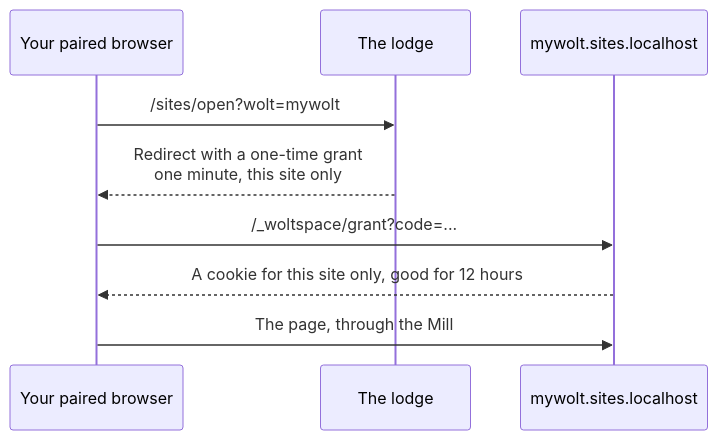
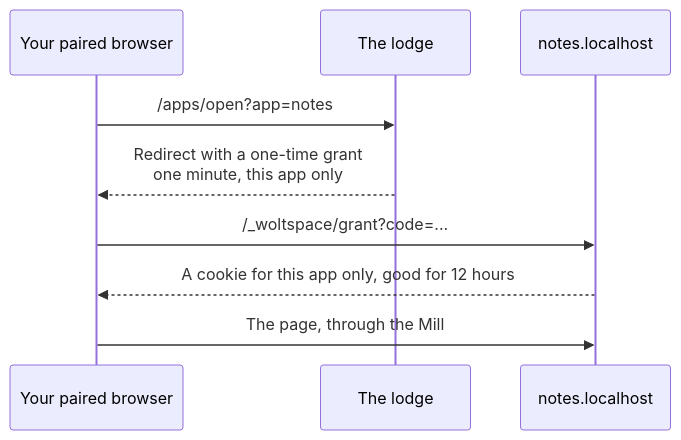
Before and after one commit to jerpint/woltspace: the third of 3 diagrams in docs/lodge-auth.md, drawn with Mermaid. The commit also changed other lines of this file and 8 other files, not shown here.

````diff
--- a/docs/lodge-auth.md
+++ b/docs/lodge-auth.md
@@ -78,11 +79,11 @@
 ```mermaid
 sequenceDiagram
   participant B as Your paired browser
   participant L as The lodge
-  participant S as mywolt.sites.localhost
-  B->>L: /sites/open?wolt=mywolt
-  L-->>B: Redirect with a one-time grant<br/>one minute, this site only
-  B->>S: /_woltspace/grant?code=...
-  S-->>B: A cookie for this site only, good for 12 hours
-  B->>S: The page, through the Mill
+  participant A as notes.localhost
+  B->>L: /apps/open?app=notes
+  L-->>B: Redirect with a one-time grant<br/>one minute, this app only
+  B->>A: /_woltspace/grant?code=...
+  A-->>B: A cookie for this app only, good for 12 hours
+  B->>A: The page, through the Mill
 ```
````
